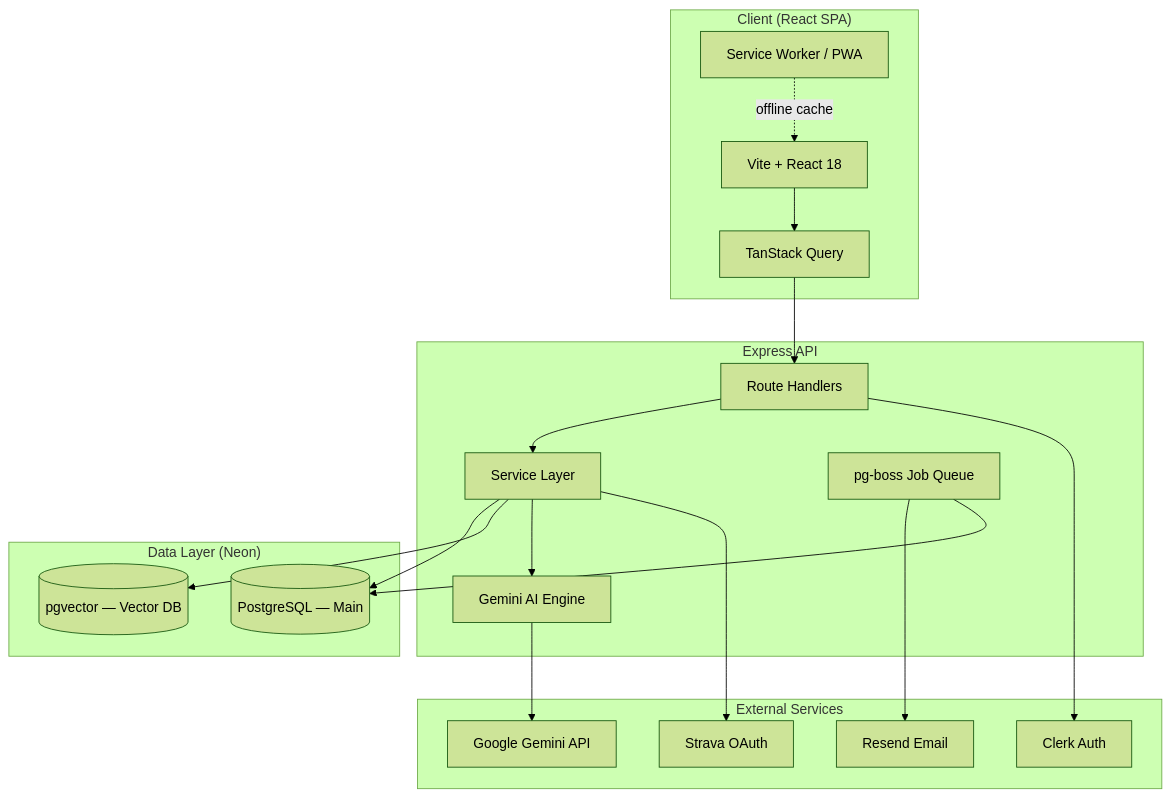
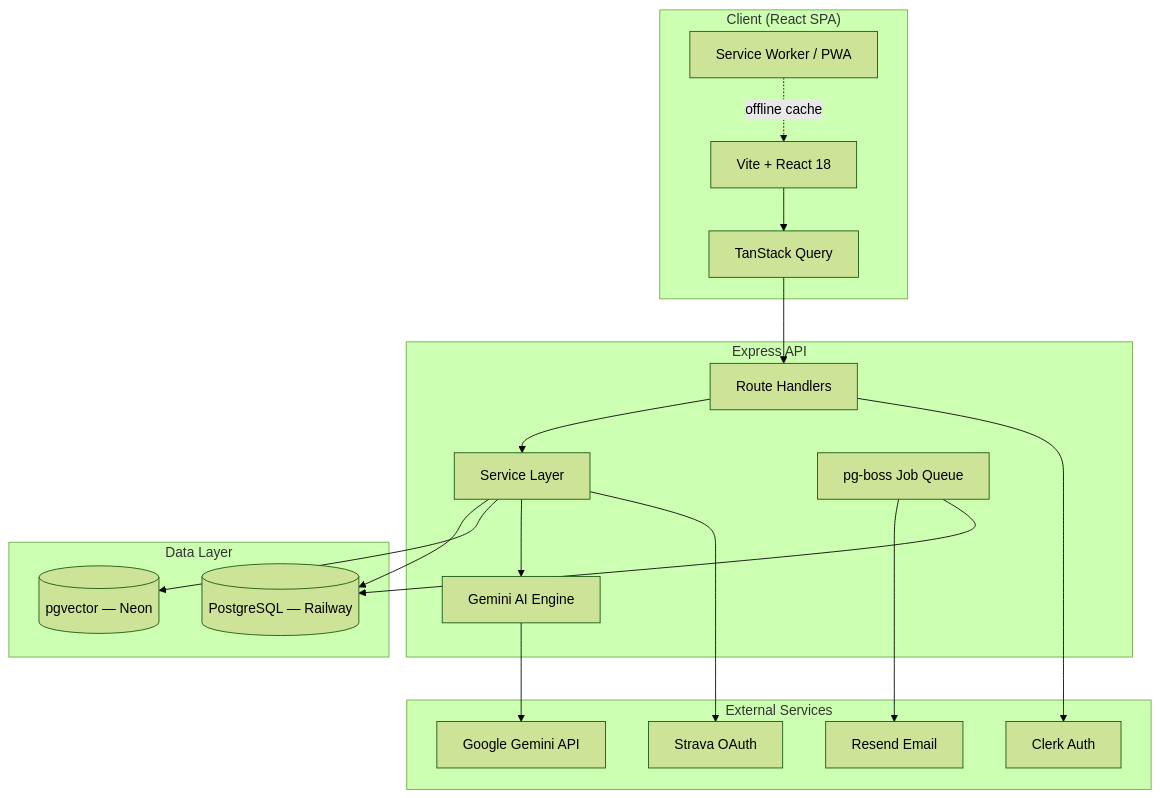
One commit to daler91/Hyrox-Companion changed the first of 2 diagrams in README.md. Above: the diagram before and after it, drawn with Mermaid (forest theme). The commit also changed other lines of this file, not shown here.

Commit message:
docs: clarify database hosting — Railway for main DB, Neon for embeddings
https://claude.ai/code/session_01H7pFdDUHMXJmK1HXMPb3Rd

````diff
--- a/README.md
+++ b/README.md
@@ -105,38 +105,38 @@
 ```mermaid
 flowchart TB
     subgraph Client["Client (React SPA)"]
         UI[Vite + React 18]
         TQ[TanStack Query]
         SW[Service Worker / PWA]
     end
 
     subgraph Server["Express API"]
         API[Route Handlers]
         Services[Service Layer]
         Gemini[Gemini AI Engine]
         Queue[pg-boss Job Queue]
     end
 
-    subgraph Data["Data Layer (Neon)"]
-        PG[(PostgreSQL — Main)]
-        PGV[(pgvector — Vector DB)]
+    subgraph Data["Data Layer"]
+        PG[(PostgreSQL — Railway)]
+        PGV[(pgvector — Neon)]
     end
 
     subgraph External["External Services"]
         Clerk[Clerk Auth]
         Strava[Strava OAuth]
         Resend[Resend Email]
         GeminiAPI[Google Gemini API]
     end
 
     UI --> TQ --> API
     API --> Services
     Services --> PG
     Services --> PGV
     Services --> Gemini --> GeminiAPI
     API --> Clerk
     Services --> Strava
     Queue --> Resend
     Queue --> PG
     SW -.->|offline cache| UI
 ```
````
